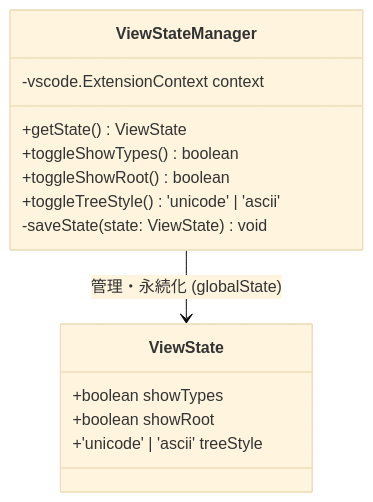
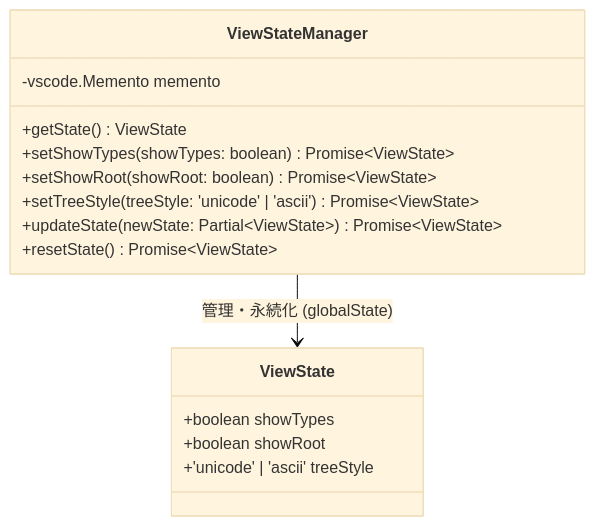
Before and after one commit to masanori-satake/StructMap-Solo: the first of 3 diagrams in docs/VIEWSTATE_AND_CONFIG.md, drawn with Mermaid (base theme). The commit also changed other lines of this file and 4 other files, not shown here.

Commit message:
docs: address PR review feedback on developer architecture documentation

````diff
--- a/docs/VIEWSTATE_AND_CONFIG.md
+++ b/docs/VIEWSTATE_AND_CONFIG.md
@@ -30,19 +30,20 @@
 ```mermaid
 classDiagram
     class ViewStateManager {
-        -vscode.ExtensionContext context
+        -vscode.Memento memento
         +getState() ViewState
-        +toggleShowTypes() boolean
-        +toggleShowRoot() boolean
-        +toggleTreeStyle() 'unicode' | 'ascii'
-        -saveState(state: ViewState) void
+        +setShowTypes(showTypes: boolean) Promise~ViewState~
+        +setShowRoot(showRoot: boolean) Promise~ViewState~
+        +setTreeStyle(treeStyle: 'unicode' | 'ascii') Promise~ViewState~
+        +updateState(newState: Partial~ViewState~) Promise~ViewState~
+        +resetState() Promise~ViewState~
     }
 
     class ViewState {
         +boolean showTypes
         +boolean showRoot
         +'unicode' | 'ascii' treeStyle
     }
 
     ViewStateManager --> ViewState : 管理・永続化 (globalState)
 ```
````
